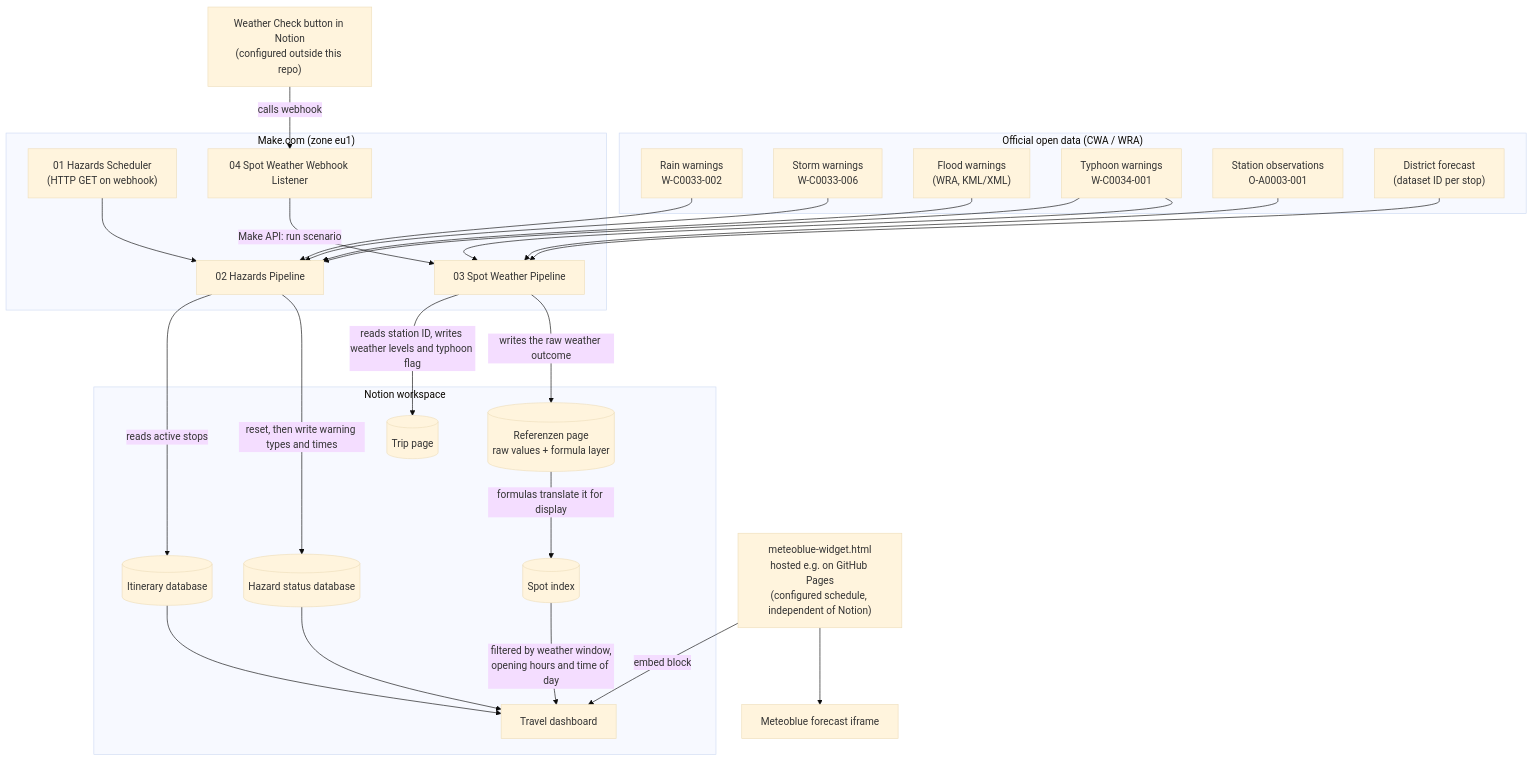
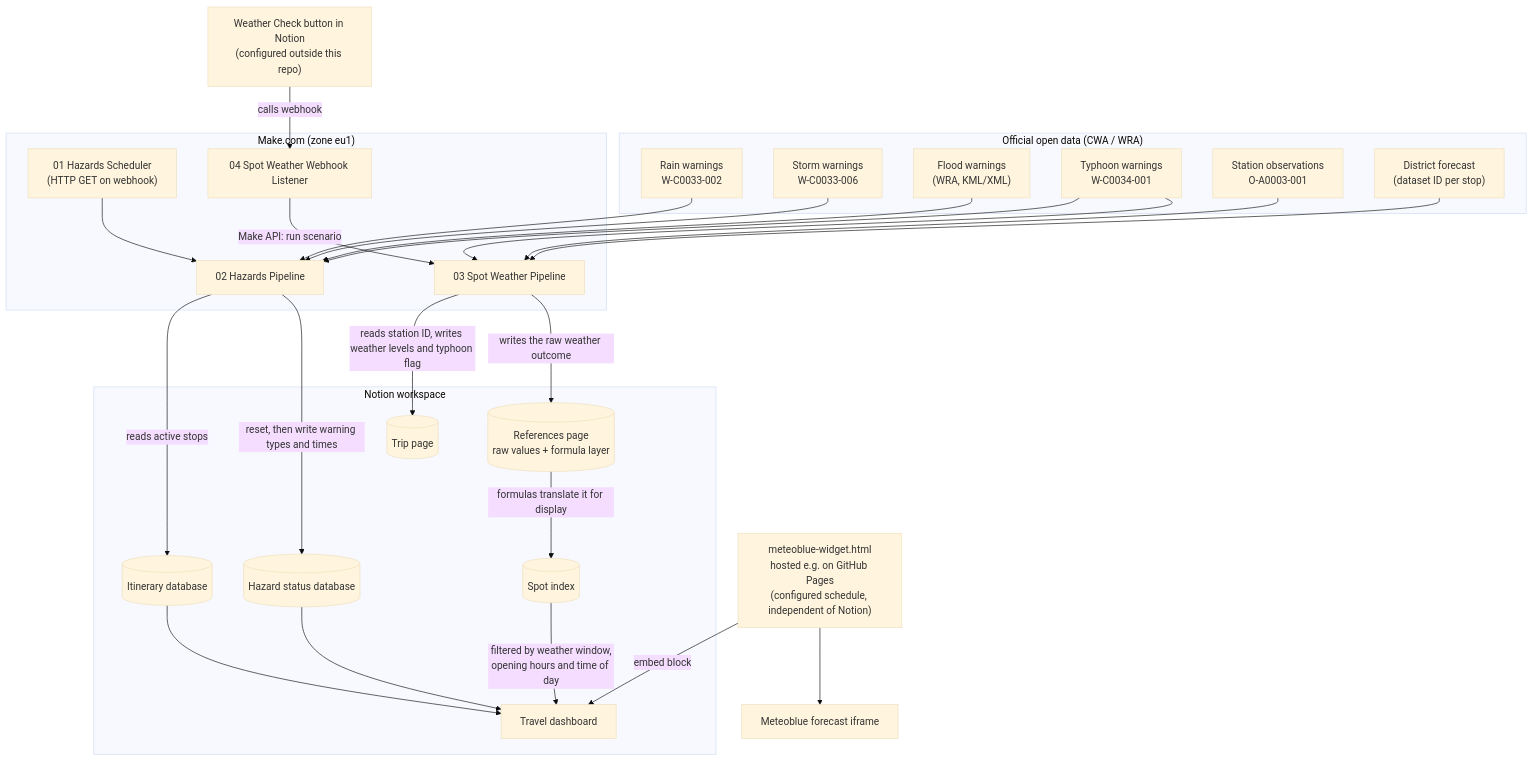
Before and after one commit to bisch2306/travel-weather-intelligence-system: the first of 4 diagrams in README.md, drawn with Mermaid (base theme). The commit also changed other lines of this file, not shown here.

````diff
--- a/README.md
+++ b/README.md
@@ -26,46 +26,46 @@
 ```mermaid
 graph TD
     subgraph SRC["Official open data (CWA / WRA)"]
         A1["Rain warnings<br/>W-C0033-002"]
         A2["Storm warnings<br/>W-C0033-006"]
         A3["Flood warnings<br/>(WRA, KML/XML)"]
         A4["Typhoon warnings<br/>W-C0034-001"]
         A5["Station observations<br/>O-A0003-001"]
         A6["District forecast<br/>(dataset ID per stop)"]
     end
 
     subgraph Make["Make.com (zone eu1)"]
         S1["01 Hazards Scheduler<br/>(HTTP GET on webhook)"] --> H["02 Hazards Pipeline"]
         W1["04 Spot Weather Webhook Listener"] -->|"Make API: run scenario"| P["03 Spot Weather Pipeline"]
     end
 
     T["Weather Check button in Notion<br/>(configured outside this repo)"] -->|"calls webhook"| W1
 
     subgraph Notion["Notion workspace"]
         HD[("Hazard status database")]
         ID[("Itinerary database")]
         TR[("Trip page")]
-        RF[("Referenzen page<br/>raw values + formula layer")]
+        RF[("References page<br/>raw values + formula layer")]
         SP[("Spot index")]
         DB["Travel dashboard"]
     end
 
     A1 --> H
     A2 --> H
     A3 --> H
     A4 --> H
     A4 --> P
     A5 --> P
     A6 --> P
     H -->|"reads active stops"| ID
     H -->|"reset, then write warning types and times"| HD
     P -->|"reads station ID, writes weather levels and typhoon flag"| TR
     P -->|"writes the raw weather outcome"| RF
     RF -->|"formulas translate it for display"| SP
     ID --> DB
     HD --> DB
     SP -->|"filtered by weather window,<br/>opening hours and time of day"| DB
 
     WG["meteoblue-widget.html<br/>hosted e.g. on GitHub Pages<br/>(configured schedule, independent of Notion)"] -->|"embed block"| DB
     WG --> MB["Meteoblue forecast iframe"]
 ```
````
